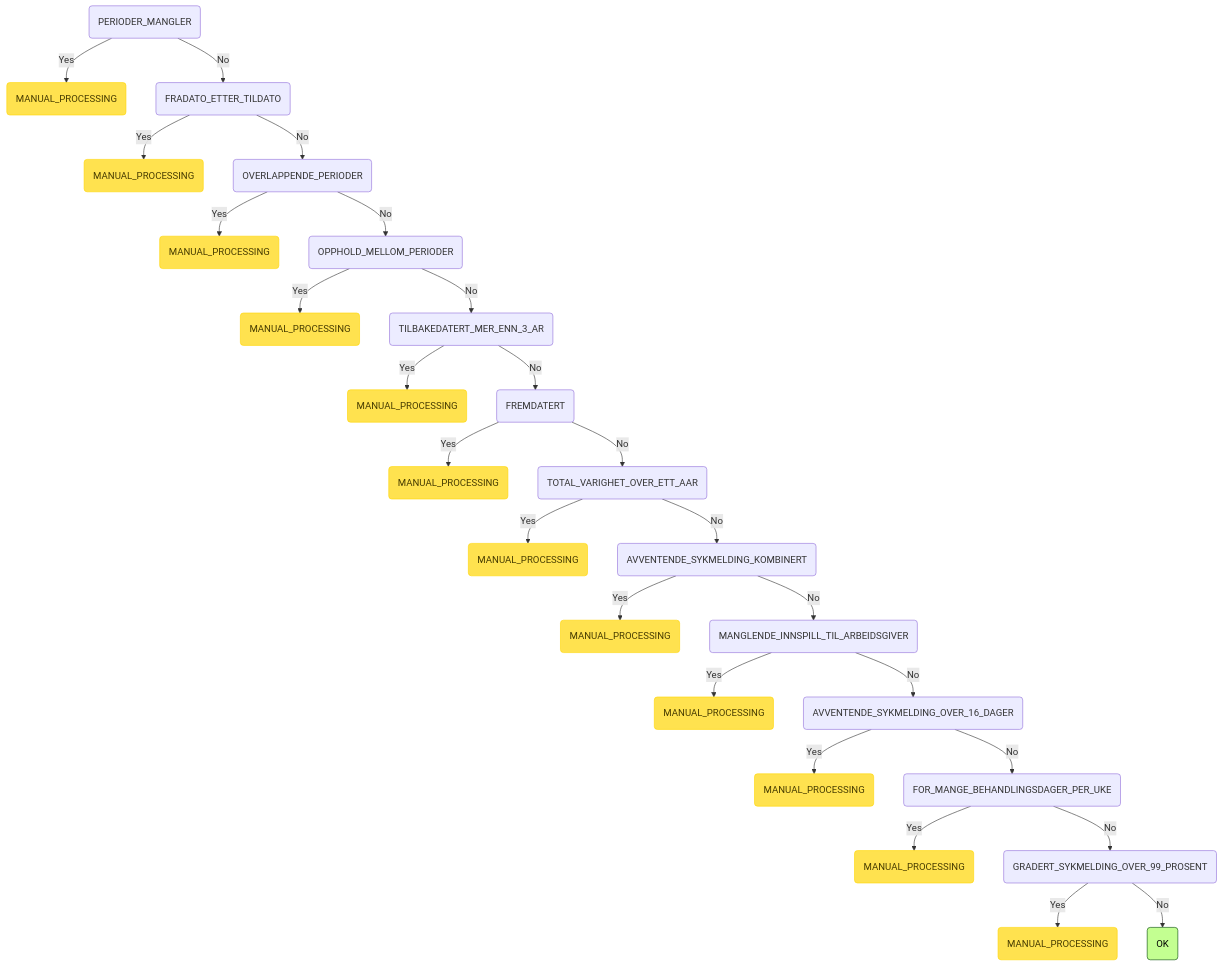
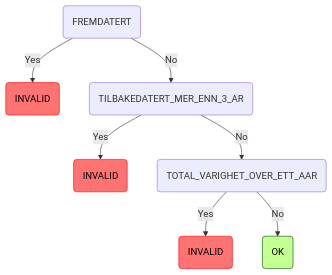
Before and after one commit to navikt/syfosmpapirregler: the eighth of 10 diagrams in README.md, drawn with Mermaid. The commit also changed other lines of this file and 40 other files, not shown here.

````diff
--- a/README.md
+++ b/README.md
@@ -91,30 +137,12 @@
 ```mermaid
 graph TD
-    root(PERIODER_MANGLER) -->|Yes| root_PERIODER_MANGLER_MANUAL_PROCESSING(MANUAL_PROCESSING):::manuell
-    root(PERIODER_MANGLER) -->|No| root_PERIODER_MANGLER_FRADATO_ETTER_TILDATO(FRADATO_ETTER_TILDATO)
-    root_PERIODER_MANGLER_FRADATO_ETTER_TILDATO(FRADATO_ETTER_TILDATO) -->|Yes| root_PERIODER_MANGLER_FRADATO_ETTER_TILDATO_MANUAL_PROCESSING(MANUAL_PROCESSING):::manuell
-    root_PERIODER_MANGLER_FRADATO_ETTER_TILDATO(FRADATO_ETTER_TILDATO) -->|No| root_PERIODER_MANGLER_FRADATO_ETTER_TILDATO_OVERLAPPENDE_PERIODER(OVERLAPPENDE_PERIODER)
-    root_PERIODER_MANGLER_FRADATO_ETTER_TILDATO_OVERLAPPENDE_PERIODER(OVERLAPPENDE_PERIODER) -->|Yes| root_PERIODER_MANGLER_FRADATO_ETTER_TILDATO_OVERLAPPENDE_PERIODER_MANUAL_PROCESSING(MANUAL_PROCESSING):::manuell
-    root_PERIODER_MANGLER_FRADATO_ETTER_TILDATO_OVERLAPPENDE_PERIODER(OVERLAPPENDE_PERIODER) -->|No| root_PERIODER_MANGLER_FRADATO_ETTER_TILDATO_OVERLAPPENDE_PERIODER_OPPHOLD_MELLOM_PERIODER(OPPHOLD_MELLOM_PERIODER)
-    root_PERIODER_MANGLER_FRADATO_ETTER_TILDATO_OVERLAPPENDE_PERIODER_OPPHOLD_MELLOM_PERIODER(OPPHOLD_MELLOM_PERIODER) -->|Yes| root_PERIODER_MANGLER_FRADATO_ETTER_TILDATO_OVERLAPPENDE_PERIODER_OPPHOLD_MELLOM_PERIODER_MANUAL_PROCESSING(MANUAL_PROCESSING):::manuell
-    root_PERIODER_MANGLER_FRADATO_ETTER_TILDATO_OVERLAPPENDE_PERIODER_OPPHOLD_MELLOM_PERIODER(OPPHOLD_MELLOM_PERIODER) -->|No| root_PERIODER_MANGLER_FRADATO_ETTER_TILDATO_OVERLAPPENDE_PERIODER_OPPHOLD_MELLOM_PERIODER_TILBAKEDATERT_MER_ENN_3_AR(TILBAKEDATERT_MER_ENN_3_AR)
-    root_PERIODER_MANGLER_FRADATO_ETTER_TILDATO_OVERLAPPENDE_PERIODER_OPPHOLD_MELLOM_PERIODER_TILBAKEDATERT_MER_ENN_3_AR(TILBAKEDATERT_MER_ENN_3_AR) -->|Yes| root_PERIODER_MANGLER_FRADATO_ETTER_TILDATO_OVERLAPPENDE_PERIODER_OPPHOLD_MELLOM_PERIODER_TILBAKEDATERT_MER_ENN_3_AR_MANUAL_PROCESSING(MANUAL_PROCESSING):::manuell
-    root_PERIODER_MANGLER_FRADATO_ETTER_TILDATO_OVERLAPPENDE_PERIODER_OPPHOLD_MELLOM_PERIODER_TILBAKEDATERT_MER_ENN_3_AR(TILBAKEDATERT_MER_ENN_3_AR) -->|No| root_PERIODER_MANGLER_FRADATO_ETTER_TILDATO_OVERLAPPENDE_PERIODER_OPPHOLD_MELLOM_PERIODER_TILBAKEDATERT_MER_ENN_3_AR_FREMDATERT(FREMDATERT)
-    root_PERIODER_MANGLER_FRADATO_ETTER_TILDATO_OVERLAPPENDE_PERIODER_OPPHOLD_MELLOM_PERIODER_TILBAKEDATERT_MER_ENN_3_AR_FREMDATERT(FREMDATERT) -->|Yes| root_PERIODER_MANGLER_FRADATO_ETTER_TILDATO_OVERLAPPENDE_PERIODER_OPPHOLD_MELLOM_PERIODER_TILBAKEDATERT_MER_ENN_3_AR_FREMDATERT_MANUAL_PROCESSING(MANUAL_PROCESSING):::manuell
-    root_PERIODER_MANGLER_FRADATO_ETTER_TILDATO_OVERLAPPENDE_PERIODER_OPPHOLD_MELLOM_PERIODER_TILBAKEDATERT_MER_ENN_3_AR_FREMDATERT(FREMDATERT) -->|No| root_PERIODER_MANGLER_FRADATO_ETTER_TILDATO_OVERLAPPENDE_PERIODER_OPPHOLD_MELLOM_PERIODER_TILBAKEDATERT_MER_ENN_3_AR_FREMDATERT_TOTAL_VARIGHET_OVER_ETT_AAR(TOTAL_VARIGHET_OVER_ETT_AAR)
-    root_PERIODER_MANGLER_FRADATO_ETTER_TILDATO_OVERLAPPENDE_PERIODER_OPPHOLD_MELLOM_PERIODER_TILBAKEDATERT_MER_ENN_3_AR_FREMDATERT_TOTAL_VARIGHET_OVER_ETT_AAR(TOTAL_VARIGHET_OVER_ETT_AAR) -->|Yes| root_PERIODER_MANGLER_FRADATO_ETTER_TILDATO_OVERLAPPENDE_PERIODER_OPPHOLD_MELLOM_PERIODER_TILBAKEDATERT_MER_ENN_3_AR_FREMDATERT_TOTAL_VARIGHET_OVER_ETT_AAR_MANUAL_PROCESSING(MANUAL_PROCESSING):::manuell
-    root_PERIODER_MANGLER_FRADATO_ETTER_TILDATO_OVERLAPPENDE_PERIODER_OPPHOLD_MELLOM_PERIODER_TILBAKEDATERT_MER_ENN_3_AR_FREMDATERT_TOTAL_VARIGHET_OVER_ETT_AAR(TOTAL_VARIGHET_OVER_ETT_AAR) -->|No| root_PERIODER_MANGLER_FRADATO_ETTER_TILDATO_OVERLAPPENDE_PERIODER_OPPHOLD_MELLOM_PERIODER_TILBAKEDATERT_MER_ENN_3_AR_FREMDATERT_TOTAL_VARIGHET_OVER_ETT_AAR_AVVENTENDE_SYKMELDING_KOMBINERT(AVVENTENDE_SYKMELDING_KOMBINERT)
-    root_PERIODER_MANGLER_FRADATO_ETTER_TILDATO_OVERLAPPENDE_PERIODER_OPPHOLD_MELLOM_PERIODER_TILBAKEDATERT_MER_ENN_3_AR_FREMDATERT_TOTAL_VARIGHET_OVER_ETT_AAR_AVVENTENDE_SYKMELDING_KOMBINERT(AVVENTENDE_SYKMELDING_KOMBINERT) -->|Yes| root_PERIODER_MANGLER_FRADATO_ETTER_TILDATO_OVERLAPPENDE_PERIODER_OPPHOLD_MELLOM_PERIODER_TILBAKEDATERT_MER_ENN_3_AR_FREMDATERT_TOTAL_VARIGHET_OVER_ETT_AAR_AVVENTENDE_SYKMELDING_KOMBINERT_MANUAL_PROCESSING(MANUAL_PROCESSING):::manuell
-    root_PERIODER_MANGLER_FRADATO_ETTER_TILDATO_OVERLAPPENDE_PERIODER_OPPHOLD_MELLOM_PERIODER_TILBAKEDATERT_MER_ENN_3_AR_FREMDATERT_TOTAL_VARIGHET_OVER_ETT_AAR_AVVENTENDE_SYKMELDING_KOMBINERT(AVVENTENDE_SYKMELDING_KOMBINERT) -->|No| root_PERIODER_MANGLER_FRADATO_ETTER_TILDATO_OVERLAPPENDE_PERIODER_OPPHOLD_MELLOM_PERIODER_TILBAKEDATERT_MER_ENN_3_AR_FREMDATERT_TOTAL_VARIGHET_OVER_ETT_AAR_AVVENTENDE_SYKMELDING_KOMBINERT_MANGLENDE_INNSPILL_TIL_ARBEIDSGIVER(MANGLENDE_INNSPILL_TIL_ARBEIDSGIVER)
-    root_PERIODER_MANGLER_FRADATO_ETTER_TILDATO_OVERLAPPENDE_PERIODER_OPPHOLD_MELLOM_PERIODER_TILBAKEDATERT_MER_ENN_3_AR_FREMDATERT_TOTAL_VARIGHET_OVER_ETT_AAR_AVVENTENDE_SYKMELDING_KOMBINERT_MANGLENDE_INNSPILL_TIL_ARBEIDSGIVER(MANGLENDE_INNSPILL_TIL_ARBEIDSGIVER) -->|Yes| root_PERIODER_MANGLER_FRADATO_ETTER_TILDATO_OVERLAPPENDE_PERIODER_OPPHOLD_MELLOM_PERIODER_TILBAKEDATERT_MER_ENN_3_AR_FREMDATERT_TOTAL_VARIGHET_OVER_ETT_AAR_AVVENTENDE_SYKMELDING_KOMBINERT_MANGLENDE_INNSPILL_TIL_ARBEIDSGIVER_MANUAL_PROCESSING(MANUAL_PROCESSING):::manuell
-    root_PERIODER_MANGLER_FRADATO_ETTER_TILDATO_OVERLAPPENDE_PERIODER_OPPHOLD_MELLOM_PERIODER_TILBAKEDATERT_MER_ENN_3_AR_FREMDATERT_TOTAL_VARIGHET_OVER_ETT_AAR_AVVENTENDE_SYKMELDING_KOMBINERT_MANGLENDE_INNSPILL_TIL_ARBEIDSGIVER(MANGLENDE_INNSPILL_TIL_ARBEIDSGIVER) -->|No| root_PERIODER_MANGLER_FRADATO_ETTER_TILDATO_OVERLAPPENDE_PERIODER_OPPHOLD_MELLOM_PERIODER_TILBAKEDATERT_MER_ENN_3_AR_FREMDATERT_TOTAL_VARIGHET_OVER_ETT_AAR_AVVENTENDE_SYKMELDING_KOMBINERT_MANGLENDE_INNSPILL_TIL_ARBEIDSGIVER_AVVENTENDE_SYKMELDING_OVER_16_DAGER(AVVENTENDE_SYKMELDING_OVER_16_DAGER)
-    root_PERIODER_MANGLER_FRADATO_ETTER_TILDATO_OVERLAPPENDE_PERIODER_OPPHOLD_MELLOM_PERIODER_TILBAKEDATERT_MER_ENN_3_AR_FREMDATERT_TOTAL_VARIGHET_OVER_ETT_AAR_AVVENTENDE_SYKMELDING_KOMBINERT_MANGLENDE_INNSPILL_TIL_ARBEIDSGIVER_AVVENTENDE_SYKMELDING_OVER_16_DAGER(AVVENTENDE_SYKMELDING_OVER_16_DAGER) -->|Yes| root_PERIODER_MANGLER_FRADATO_ETTER_TILDATO_OVERLAPPENDE_PERIODER_OPPHOLD_MELLOM_PERIODER_TILBAKEDATERT_MER_ENN_3_AR_FREMDATERT_TOTAL_VARIGHET_OVER_ETT_AAR_AVVENTENDE_SYKMELDING_KOMBINERT_MANGLENDE_INNSPILL_TIL_ARBEIDSGIVER_AVVENTENDE_SYKMELDING_OVER_16_DAGER_MANUAL_PROCESSING(MANUAL_PROCESSING):::manuell
-    root_PERIODER_MANGLER_FRADATO_ETTER_TILDATO_OVERLAPPENDE_PERIODER_OPPHOLD_MELLOM_PERIODER_TILBAKEDATERT_MER_ENN_3_AR_FREMDATERT_TOTAL_VARIGHET_OVER_ETT_AAR_AVVENTENDE_SYKMELDING_KOMBINERT_MANGLENDE_INNSPILL_TIL_ARBEIDSGIVER_AVVENTENDE_SYKMELDING_OVER_16_DAGER(AVVENTENDE_SYKMELDING_OVER_16_DAGER) -->|No| root_PERIODER_MANGLER_FRADATO_ETTER_TILDATO_OVERLAPPENDE_PERIODER_OPPHOLD_MELLOM_PERIODER_TILBAKEDATERT_MER_ENN_3_AR_FREMDATERT_TOTAL_VARIGHET_OVER_ETT_AAR_AVVENTENDE_SYKMELDING_KOMBINERT_MANGLENDE_INNSPILL_TIL_ARBEIDSGIVER_AVVENTENDE_SYKMELDING_OVER_16_DAGER_FOR_MANGE_BEHANDLINGSDAGER_PER_UKE(FOR_MANGE_BEHANDLINGSDAGER_PER_UKE)
-    root_PERIODER_MANGLER_FRADATO_ETTER_TILDATO_OVERLAPPENDE_PERIODER_OPPHOLD_MELLOM_PERIODER_TILBAKEDATERT_MER_ENN_3_AR_FREMDATERT_TOTAL_VARIGHET_OVER_ETT_AAR_AVVENTENDE_SYKMELDING_KOMBINERT_MANGLENDE_INNSPILL_TIL_ARBEIDSGIVER_AVVENTENDE_SYKMELDING_OVER_16_DAGER_FOR_MANGE_BEHANDLINGSDAGER_PER_UKE(FOR_MANGE_BEHANDLINGSDAGER_PER_UKE) -->|Yes| root_PERIODER_MANGLER_FRADATO_ETTER_TILDATO_OVERLAPPENDE_PERIODER_OPPHOLD_MELLOM_PERIODER_TILBAKEDATERT_MER_ENN_3_AR_FREMDATERT_TOTAL_VARIGHET_OVER_ETT_AAR_AVVENTENDE_SYKMELDING_KOMBINERT_MANGLENDE_INNSPILL_TIL_ARBEIDSGIVER_AVVENTENDE_SYKMELDING_OVER_16_DAGER_FOR_MANGE_BEHANDLINGSDAGER_PER_UKE_MANUAL_PROCESSING(MANUAL_PROCESSING):::manuell
-    root_PERIODER_MANGLER_FRADATO_ETTER_TILDATO_OVERLAPPENDE_PERIODER_OPPHOLD_MELLOM_PERIODER_TILBAKEDATERT_MER_ENN_3_AR_FREMDATERT_TOTAL_VARIGHET_OVER_ETT_AAR_AVVENTENDE_SYKMELDING_KOMBINERT_MANGLENDE_INNSPILL_TIL_ARBEIDSGIVER_AVVENTENDE_SYKMELDING_OVER_16_DAGER_FOR_MANGE_BEHANDLINGSDAGER_PER_UKE(FOR_MANGE_BEHANDLINGSDAGER_PER_UKE) -->|No| root_PERIODER_MANGLER_FRADATO_ETTER_TILDATO_OVERLAPPENDE_PERIODER_OPPHOLD_MELLOM_PERIODER_TILBAKEDATERT_MER_ENN_3_AR_FREMDATERT_TOTAL_VARIGHET_OVER_ETT_AAR_AVVENTENDE_SYKMELDING_KOMBINERT_MANGLENDE_INNSPILL_TIL_ARBEIDSGIVER_AVVENTENDE_SYKMELDING_OVER_16_DAGER_FOR_MANGE_BEHANDLINGSDAGER_PER_UKE_GRADERT_SYKMELDING_OVER_99_PROSENT(GRADERT_SYKMELDING_OVER_99_PROSENT)
-    root_PERIODER_MANGLER_FRADATO_ETTER_TILDATO_OVERLAPPENDE_PERIODER_OPPHOLD_MELLOM_PERIODER_TILBAKEDATERT_MER_ENN_3_AR_FREMDATERT_TOTAL_VARIGHET_OVER_ETT_AAR_AVVENTENDE_SYKMELDING_KOMBINERT_MANGLENDE_INNSPILL_TIL_ARBEIDSGIVER_AVVENTENDE_SYKMELDING_OVER_16_DAGER_FOR_MANGE_BEHANDLINGSDAGER_PER_UKE_GRADERT_SYKMELDING_OVER_99_PROSENT(GRADERT_SYKMELDING_OVER_99_PROSENT) -->|Yes| root_PERIODER_MANGLER_FRADATO_ETTER_TILDATO_OVERLAPPENDE_PERIODER_OPPHOLD_MELLOM_PERIODER_TILBAKEDATERT_MER_ENN_3_AR_FREMDATERT_TOTAL_VARIGHET_OVER_ETT_AAR_AVVENTENDE_SYKMELDING_KOMBINERT_MANGLENDE_INNSPILL_TIL_ARBEIDSGIVER_AVVENTENDE_SYKMELDING_OVER_16_DAGER_FOR_MANGE_BEHANDLINGSDAGER_PER_UKE_GRADERT_SYKMELDING_OVER_99_PROSENT_MANUAL_PROCESSING(MANUAL_PROCESSING):::manuell
-    root_PERIODER_MANGLER_FRADATO_ETTER_TILDATO_OVERLAPPENDE_PERIODER_OPPHOLD_MELLOM_PERIODER_TILBAKEDATERT_MER_ENN_3_AR_FREMDATERT_TOTAL_VARIGHET_OVER_ETT_AAR_AVVENTENDE_SYKMELDING_KOMBINERT_MANGLENDE_INNSPILL_TIL_ARBEIDSGIVER_AVVENTENDE_SYKMELDING_OVER_16_DAGER_FOR_MANGE_BEHANDLINGSDAGER_PER_UKE_GRADERT_SYKMELDING_OVER_99_PROSENT(GRADERT_SYKMELDING_OVER_99_PROSENT) -->|No| root_PERIODER_MANGLER_FRADATO_ETTER_TILDATO_OVERLAPPENDE_PERIODER_OPPHOLD_MELLOM_PERIODER_TILBAKEDATERT_MER_ENN_3_AR_FREMDATERT_TOTAL_VARIGHET_OVER_ETT_AAR_AVVENTENDE_SYKMELDING_KOMBINERT_MANGLENDE_INNSPILL_TIL_ARBEIDSGIVER_AVVENTENDE_SYKMELDING_OVER_16_DAGER_FOR_MANGE_BEHANDLINGSDAGER_PER_UKE_GRADERT_SYKMELDING_OVER_99_PROSENT_OK(OK):::ok
+    root(FREMDATERT) -->|Yes| root_FREMDATERT_INVALID(INVALID):::invalid
+    root(FREMDATERT) -->|No| root_FREMDATERT_TILBAKEDATERT_MER_ENN_3_AR(TILBAKEDATERT_MER_ENN_3_AR)
+    root_FREMDATERT_TILBAKEDATERT_MER_ENN_3_AR(TILBAKEDATERT_MER_ENN_3_AR) -->|Yes| root_FREMDATERT_TILBAKEDATERT_MER_ENN_3_AR_INVALID(INVALID):::invalid
+    root_FREMDATERT_TILBAKEDATERT_MER_ENN_3_AR(TILBAKEDATERT_MER_ENN_3_AR) -->|No| root_FREMDATERT_TILBAKEDATERT_MER_ENN_3_AR_TOTAL_VARIGHET_OVER_ETT_AAR(TOTAL_VARIGHET_OVER_ETT_AAR)
+    root_FREMDATERT_TILBAKEDATERT_MER_ENN_3_AR_TOTAL_VARIGHET_OVER_ETT_AAR(TOTAL_VARIGHET_OVER_ETT_AAR) -->|Yes| root_FREMDATERT_TILBAKEDATERT_MER_ENN_3_AR_TOTAL_VARIGHET_OVER_ETT_AAR_INVALID(INVALID):::invalid
+    root_FREMDATERT_TILBAKEDATERT_MER_ENN_3_AR_TOTAL_VARIGHET_OVER_ETT_AAR(TOTAL_VARIGHET_OVER_ETT_AAR) -->|No| root_FREMDATERT_TILBAKEDATERT_MER_ENN_3_AR_TOTAL_VARIGHET_OVER_ETT_AAR_OK(OK):::ok
     classDef ok fill:#c3ff91,stroke:#004a00,color: black;
     classDef invalid fill:#ff7373,stroke:#ff0000,color: black;
     classDef manuell fill:#ffe24f,stroke:#ffd500,color: #473c00;
 ```
````
